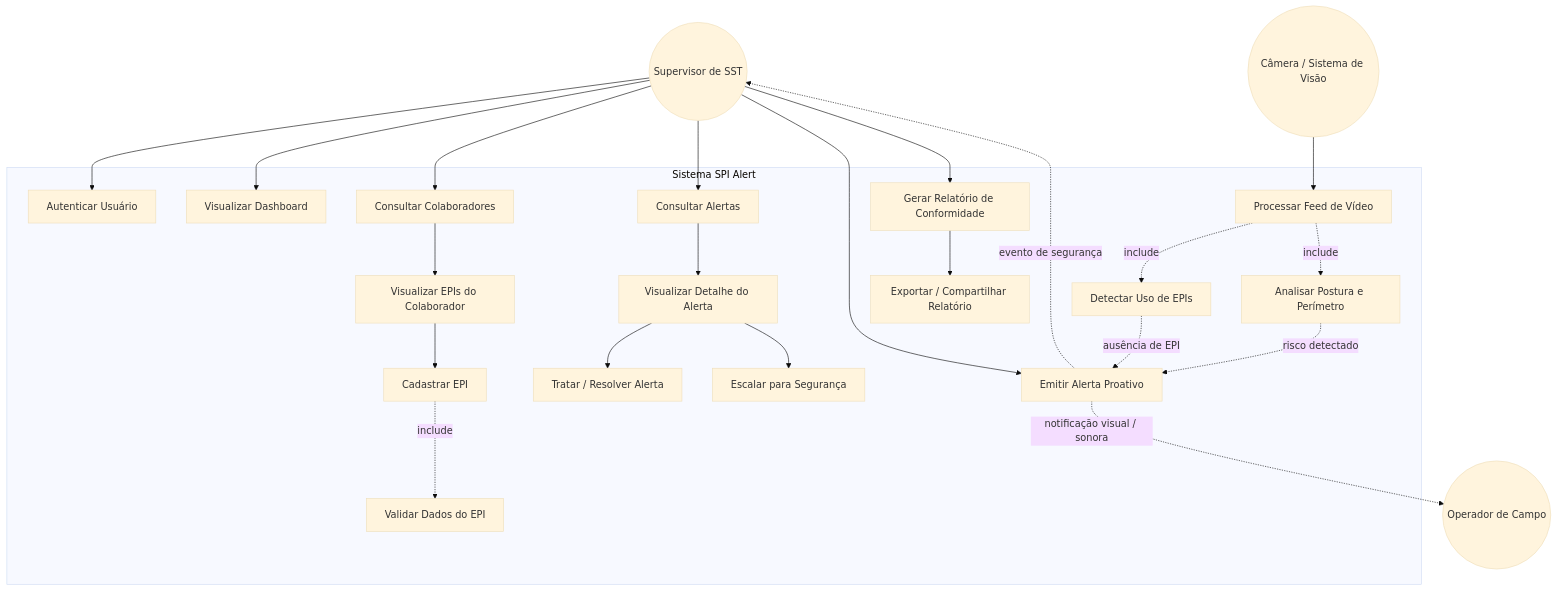
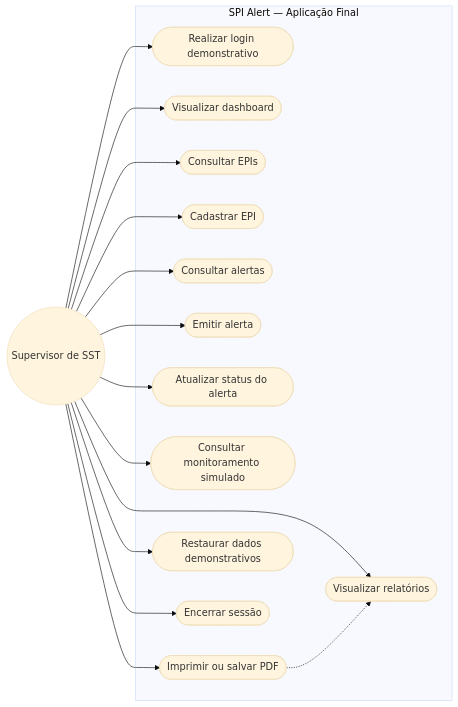
One commit to joao-baldini/Challenge-Sprint-1-Engenharia-de-Sofware changed the first of 9 diagrams in DIAGRAMAS.md. Above: the diagram before and after it, drawn with Mermaid (base theme). The commit also changed other lines of this file, not shown here.

Commit message:
Atualiza diagramas Sprint 4

````diff
--- a/DIAGRAMAS.md
+++ b/DIAGRAMAS.md
@@ -9,73 +37,34 @@
 ```mermaid
-graph TD
+flowchart LR
+    Supervisor((Supervisor de SST))
 
-    %% Atores
-    Supervisor((Supervisor de SST))
-    Operador((Operador de Campo))
-    Camera((Câmera / Sistema de Visão))
-
-    %% Sistema
-    subgraph SPIAlert["Sistema SPI Alert"]
-
-        %% Acesso e Dashboard
-        UC0[Autenticar Usuário]
-        UC5[Visualizar Dashboard]
-
-        %% Colaboradores e EPIs
-        UC11[Consultar Colaboradores]
-        UC12[Visualizar EPIs do Colaborador]
-        UC13[Cadastrar EPI]
-        UC14[Validar Dados do EPI]
-
-        %% Alertas
-        UC7[Consultar Alertas]
-        UC8[Visualizar Detalhe do Alerta]
-        UC9[Tratar / Resolver Alerta]
-        UC10[Escalar para Segurança]
-        UC4[Emitir Alerta Proativo]
-
-        %% Relatórios
-        UC6[Gerar Relatório de Conformidade]
-        UC15[Exportar / Compartilhar Relatório]
-
-        %% Visão Computacional
-        UC1[Processar Feed de Vídeo]
-        UC2[Detectar Uso de EPIs]
-        UC3[Analisar Postura e Perímetro]
-
+    subgraph SPI["SPI Alert — Aplicação Final"]
+        UC1([Realizar login demonstrativo])
+        UC2([Visualizar dashboard])
+        UC3([Consultar EPIs])
+        UC4([Cadastrar EPI])
+        UC5([Consultar alertas])
+        UC6([Emitir alerta])
+        UC7([Atualizar status do alerta])
+        UC8([Consultar monitoramento simulado])
+        UC9([Visualizar relatórios])
+        UC10([Imprimir ou salvar PDF])
+        UC11([Restaurar dados demonstrativos])
+        UC12([Encerrar sessão])
     end
 
-    %% Supervisor
-    Supervisor --> UC0
+    Supervisor --> UC1
+    Supervisor --> UC2
+    Supervisor --> UC3
+    Supervisor --> UC4
     Supervisor --> UC5
+    Supervisor --> UC6
+    Supervisor --> UC7
+    Supervisor --> UC8
+    Supervisor --> UC9
+    Supervisor --> UC10
     Supervisor --> UC11
-    Supervisor --> UC7
-    Supervisor --> UC4
-    Supervisor --> UC6
+    Supervisor --> UC12
 
-    %% Gestão de EPIs
-    UC11 --> UC12
-    UC12 --> UC13
-    UC13 -.->|include| UC14
-
-    %% Gestão de Alertas
-    UC7 --> UC8
-    UC8 --> UC9
-    UC8 --> UC10
-
-    %% Relatórios
-    UC6 --> UC15
-
-    %% Câmera e IA
-    Camera --> UC1
-    UC1 -.->|include| UC2
-    UC1 -.->|include| UC3
-
-    %% Alertas automáticos
-    UC2 -.->|ausência de EPI| UC4
-    UC3 -.->|risco detectado| UC4
-
-    %% Notificações
-    UC4 -.->|notificação visual / sonora| Operador
-    UC4 -.->|evento de segurança| Supervisor
+    UC10 -.-> UC9
 ```
````
